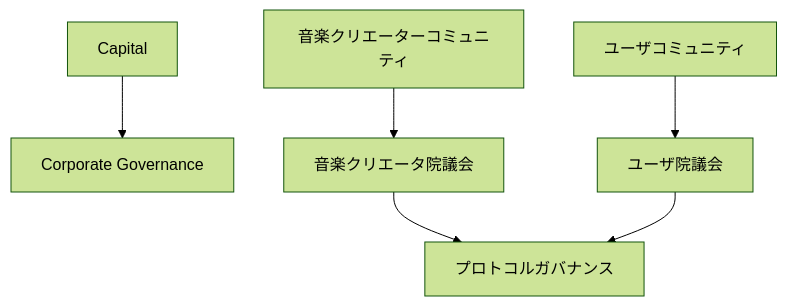
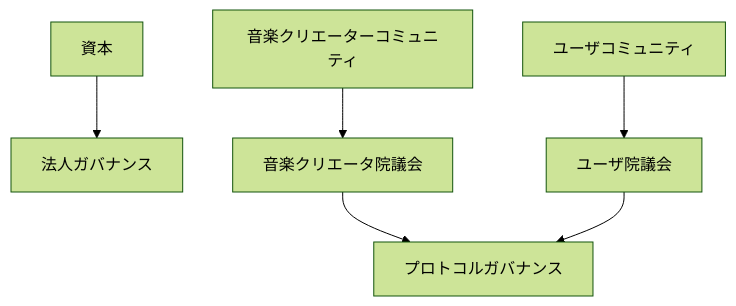
One commit to ShigeichiroYamasaki/creator-first-platform changed diagram 12 of 23 in docs/whitepaper/07-governance.md. Above: the diagram before and after it, drawn with Mermaid (forest theme). The commit also changed other lines of this file and 72 other files, not shown here.

````diff
--- a/docs/whitepaper/07-governance.md
+++ b/docs/whitepaper/07-governance.md
@@ -615,15 +615,15 @@
 ```mermaid
 flowchart TD
-    CAPITAL[Capital]
-    CORP[Corporate Governance]
+    CAPITAL[資本]
+    CORP[法人ガバナンス]
 
     CREATOR[音楽クリエーターコミュニティ]
     USER[ユーザコミュニティ]
 
     CAPITAL --> CORP
     CREATOR --> CH[音楽クリエータ院議会]
     USER --> UH[ユーザ院議会]
 
     CH --> PROTOCOL[プロトコルガバナンス]
     UH --> PROTOCOL
 ```
````
